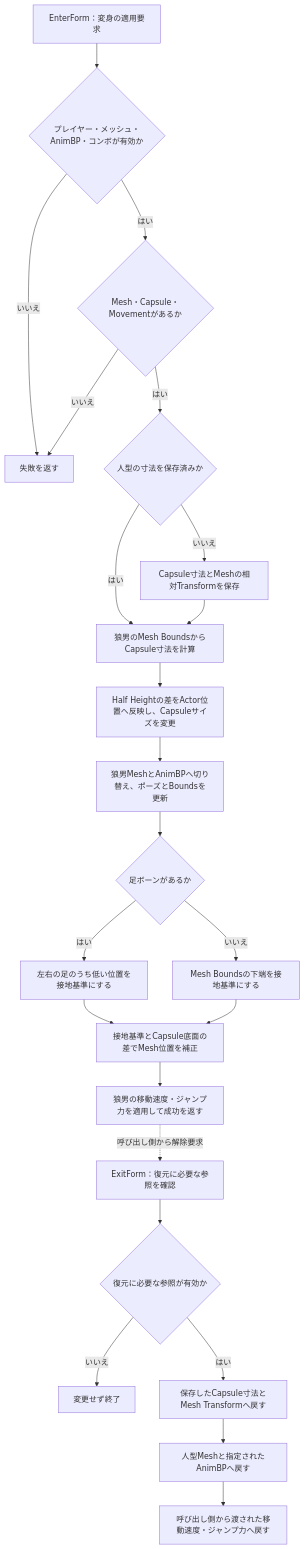
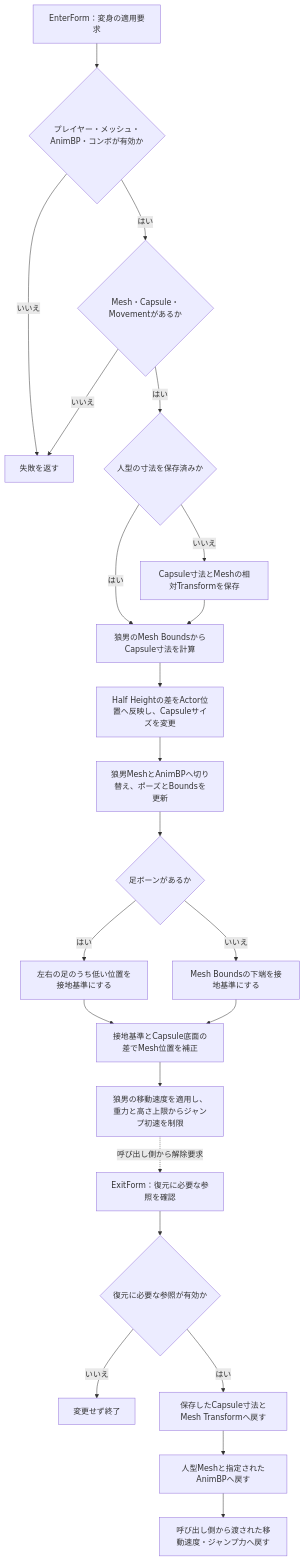
One commit to prashant-rayamajhi/ProtectFromWolf changed the first of 3 diagrams in docs/FLOWCHART.md. Above: the diagram before and after it, drawn with Mermaid. The commit also changed other lines of this file and 5 other files, not shown here.

````diff
--- a/docs/FLOWCHART.md
+++ b/docs/FLOWCHART.md
@@ -11,25 +11,25 @@
 ```mermaid
 flowchart TD
     A["EnterForm：変身の適用要求"] --> B{"プレイヤー・メッシュ・AnimBP・コンボが有効か"}
     B -->|いいえ| X["失敗を返す"]
     B -->|はい| C{"Mesh・Capsule・Movementがあるか"}
     C -->|いいえ| X
     C -->|はい| D{"人型の寸法を保存済みか"}
     D -->|いいえ| E["Capsule寸法とMeshの相対Transformを保存"]
     D -->|はい| F["狼男のMesh BoundsからCapsule寸法を計算"]
     E --> F
     F --> G["Half Heightの差をActor位置へ反映し、Capsuleサイズを変更"]
     G --> H["狼男MeshとAnimBPへ切り替え、ポーズとBoundsを更新"]
     H --> I{"足ボーンがあるか"}
     I -->|はい| J["左右の足のうち低い位置を接地基準にする"]
     I -->|いいえ| K["Mesh Boundsの下端を接地基準にする"]
     J --> L["接地基準とCapsule底面の差でMesh位置を補正"]
     K --> L
-    L --> M["狼男の移動速度・ジャンプ力を適用して成功を返す"]
+    L --> M["狼男の移動速度を適用し、重力と高さ上限からジャンプ初速を制限"]
     M -.->|呼び出し側から解除要求| N["ExitForm：復元に必要な参照を確認"]
     N --> O{"復元に必要な参照が有効か"}
     O -->|いいえ| P["変更せず終了"]
     O -->|はい| Q["保存したCapsule寸法とMesh Transformへ戻す"]
     Q --> R["人型Meshと指定されたAnimBPへ戻す"]
     R --> S["呼び出し側から渡された移動速度・ジャンプ力へ戻す"]
 ```
````
